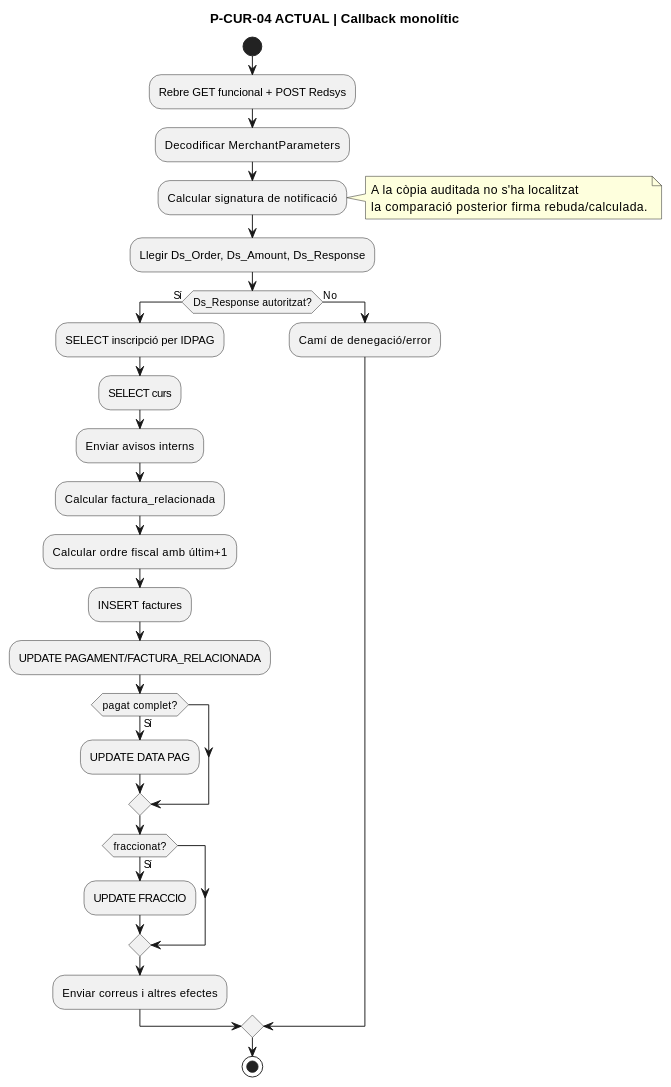
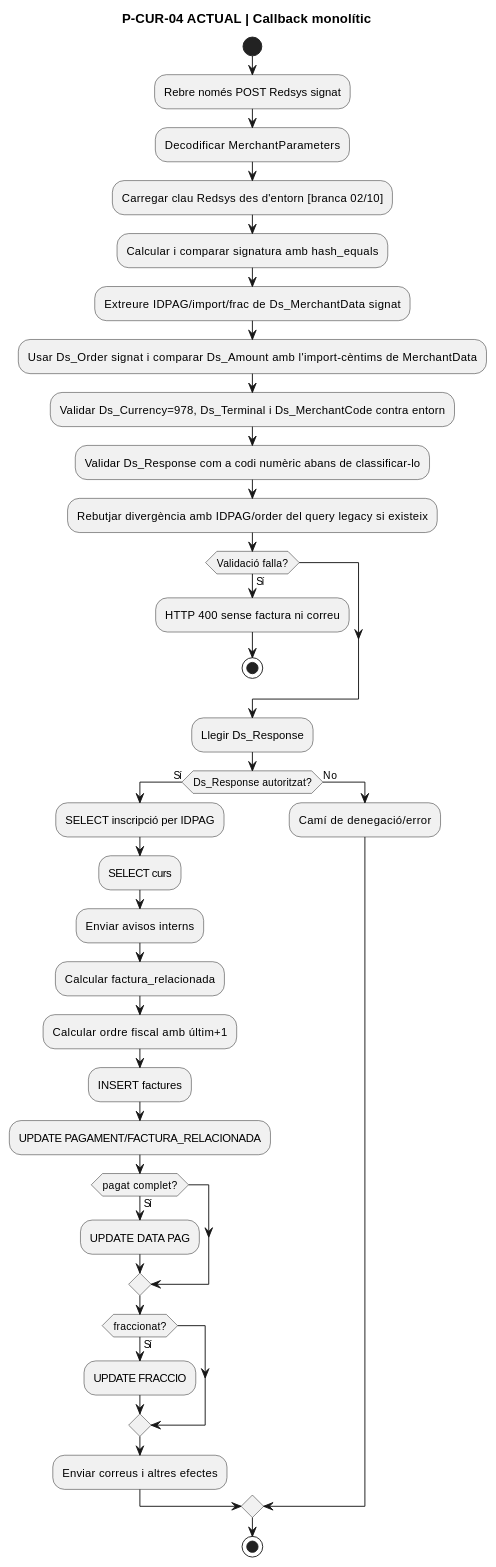
Before and after one commit to orgmeriemprismacat-del/verifactu: the seventh of 15 diagrams in documentacio/07-uml-integrat/uc-014-activitats-pagines-redsys-actual-final.md, drawn with PlantUML. The commit also changed other lines of this file and 58 other files, not shown here.

````diff
--- a/documentacio/07-uml-integrat/uc-014-activitats-pagines-redsys-actual-final.md
+++ b/documentacio/07-uml-integrat/uc-014-activitats-pagines-redsys-actual-final.md
@@ -177,33 +187,39 @@
 ```plantuml
 @startuml
 title P-CUR-04 ACTUAL | Callback monolític
 start
-:Rebre GET funcional + POST Redsys;
+:Rebre només POST Redsys signat;
 :Decodificar MerchantParameters;
-:Calcular signatura de notificació;
-note right
-  A la còpia auditada no s'ha localitzat
-  la comparació posterior firma rebuda/calculada.
-end note
-:Llegir Ds_Order, Ds_Amount, Ds_Response;
+:Carregar clau Redsys des d'entorn [branca 02/10];
+:Calcular i comparar signatura amb hash_equals;
+:Extreure IDPAG/import/frac de Ds_MerchantData signat;
+:Usar Ds_Order signat i comparar Ds_Amount amb l'import-cèntims de MerchantData;
+:Validar Ds_Currency=978, Ds_Terminal i Ds_MerchantCode contra entorn;
+:Validar Ds_Response com a codi numèric abans de classificar-lo;
+:Rebutjar divergència amb IDPAG/order del query legacy si existeix;
+if (Validació falla?) then (Sí)
+  :HTTP 400 sense factura ni correu;
+  stop
+endif
+:Llegir Ds_Response;
 if (Ds_Response autoritzat?) then (Sí)
   :SELECT inscripció per IDPAG;
   :SELECT curs;
   :Enviar avisos interns;
   :Calcular factura_relacionada;
   :Calcular ordre fiscal amb últim+1;
   :INSERT factures;
   :UPDATE PAGAMENT/FACTURA_RELACIONADA;
   if (pagat complet?) then (Sí)
     :UPDATE DATA PAG;
   endif
   if (fraccionat?) then (Sí)
     :UPDATE FRACCIO;
   endif
   :Enviar correus i altres efectes;
 else (No)
   :Camí de denegació/error;
 endif
 stop
 @enduml
 ```
````
